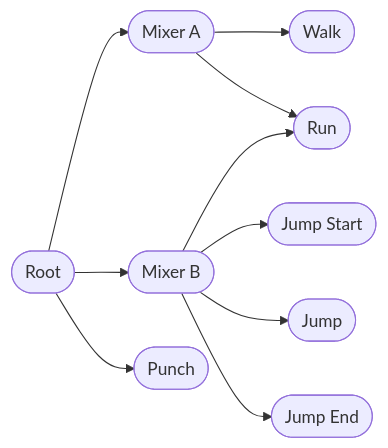
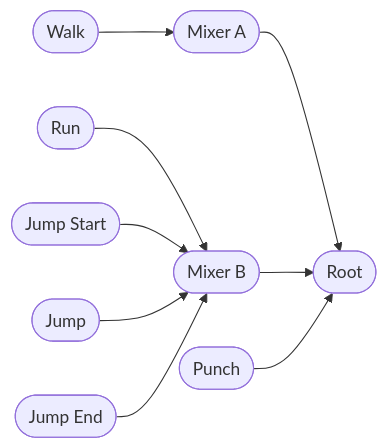
One commit to bevyengine/rfcs changed the diagram in rfcs/51-animation-composition.md. Above: the diagram before and after it, drawn with Mermaid.

Commit message:
Reverse graph flow to better show input/output relationship

````diff
--- a/rfcs/51-animation-composition.md
+++ b/rfcs/51-animation-composition.md
@@ -108,21 +108,20 @@
 ```mermaid
 flowchart LR
   root([Root])
   mixerA([Mixer A])
   mixerB([Mixer B])
   clip01([Walk])
   clip02([Run])
   clip03([Jump Start])
   clip04([Jump])
   clip05([Jump End])
   clip06([Punch])
-  root-->mixerA
-  root-->mixerB
-  root-->clip06
-  mixerA-->clip01
-  mixerA-->clip02
-  mixerB-->clip02
-  mixerB-->clip03
-  mixerB-->clip04
-  mixerB-->clip05
+  mixerA-->root
+  mixerB-->root
+  clip06-->root
+  clip01-->mixerA
+  clip02-->mixerB
+  clip03-->mixerB
+  clip04-->mixerB
+  clip05-->mixerB
 ```
````
